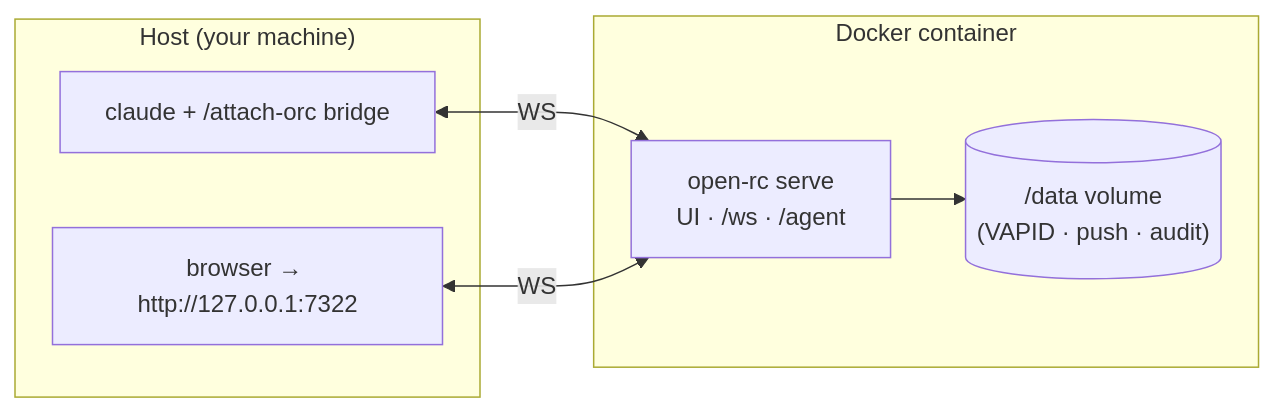
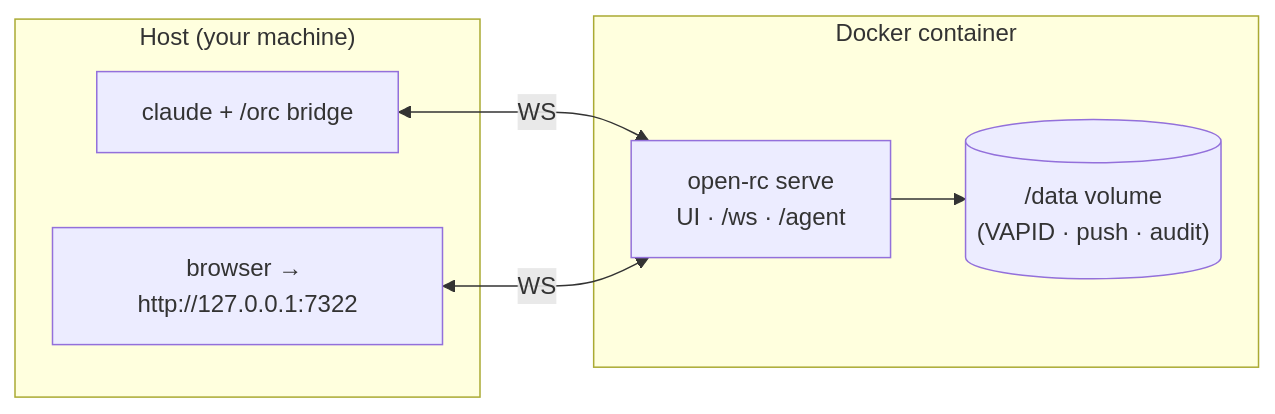
The diagram in docs/docker.md (Cohey0727/OpenRemoteControl), drawn with Mermaid before and after one commit. The commit also changed other lines of this file and 13 other files, not shown here.

````diff
--- a/docs/docker.md
+++ b/docs/docker.md
@@ -9,12 +9,12 @@
 ```mermaid
 flowchart LR
     subgraph container["Docker container"]
         serve["open-rc serve<br/>UI · /ws · /agent"] --> data[("/data volume<br/>(VAPID · push · audit)")]
     end
     subgraph host["Host (your machine)"]
-        claude["claude + /attach-orc bridge"]
+        claude["claude + /orc bridge"]
         browser["browser → http://127.0.0.1:7322"]
     end
     claude <-- WS --> serve
     browser <-- WS --> serve
 ```
````
